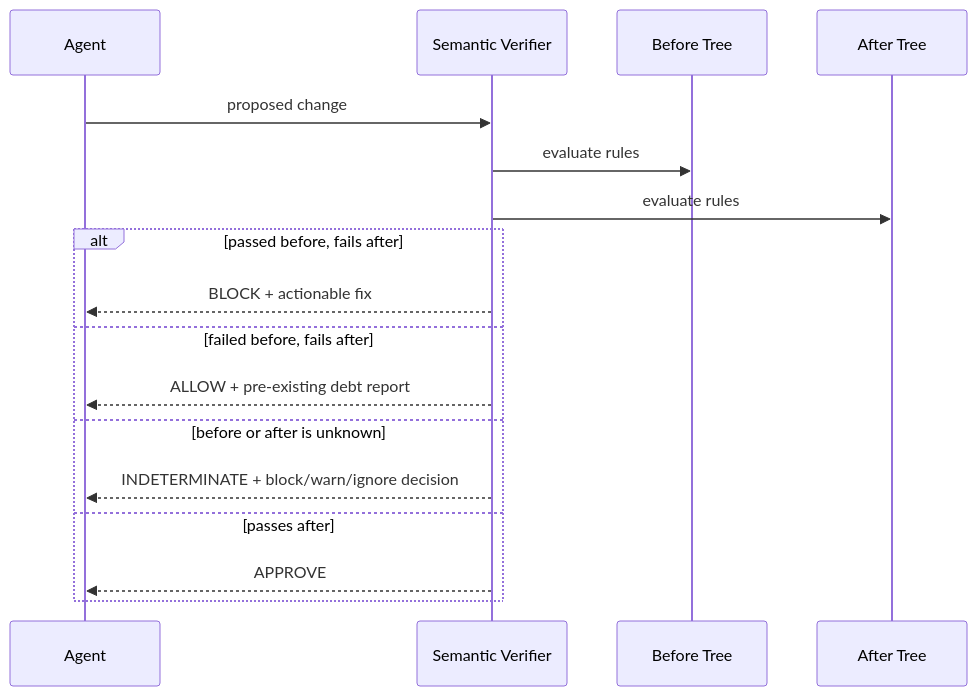
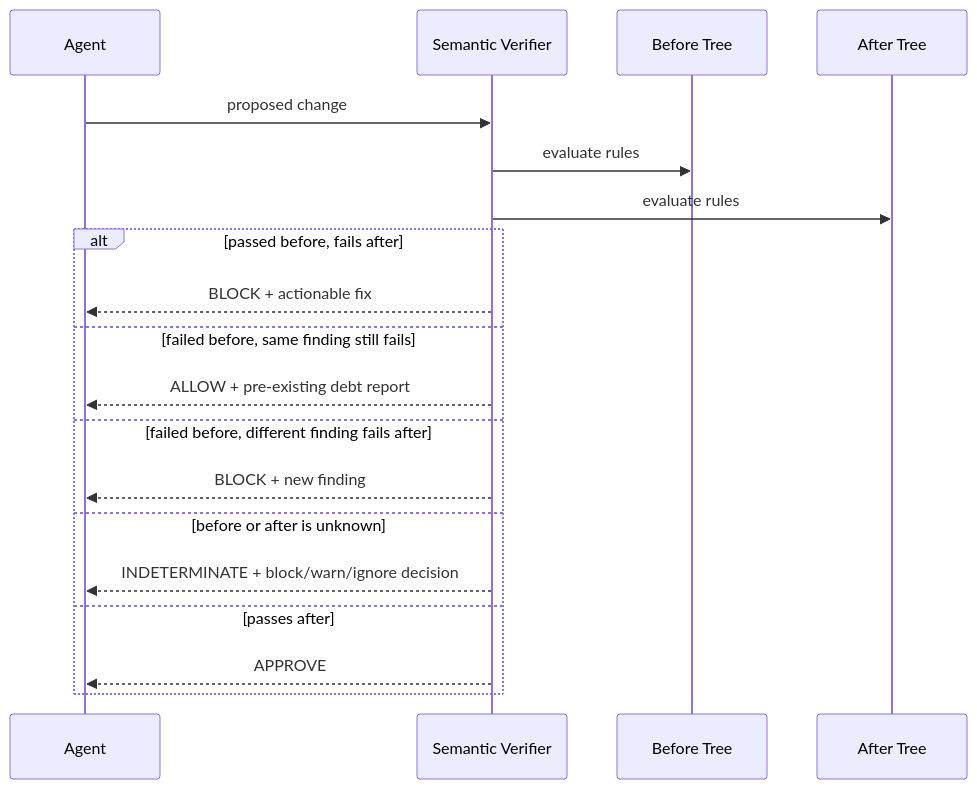
The second of 3 diagrams in README.md (dronpancholi/architecture-ai-cannot-see), drawn with Mermaid before and after one commit. The commit also changed other lines of this file and 27 other files, not shown here.

````diff
--- a/README.md
+++ b/README.md
@@ -136,20 +136,22 @@
 ```mermaid
 sequenceDiagram
     participant A as Agent
     participant V as Semantic Verifier
     participant B as Before Tree
     participant C as After Tree
 
     A->>V: proposed change
     V->>B: evaluate rules
     V->>C: evaluate rules
     alt passed before, fails after
         V-->>A: BLOCK + actionable fix
-    else failed before, fails after
+    else failed before, same finding still fails
         V-->>A: ALLOW + pre-existing debt report
+    else failed before, different finding fails after
+        V-->>A: BLOCK + new finding
     else before or after is unknown
         V-->>A: INDETERMINATE + block/warn/ignore decision
     else passes after
         V-->>A: APPROVE
     end
 ```
````
